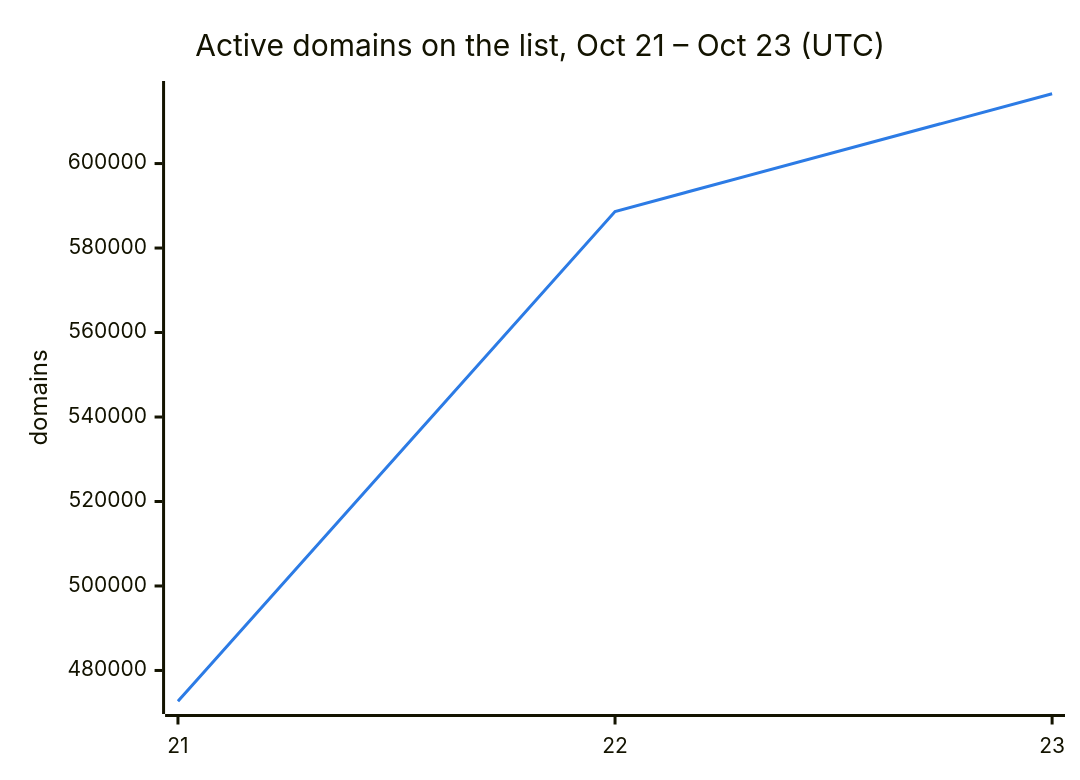
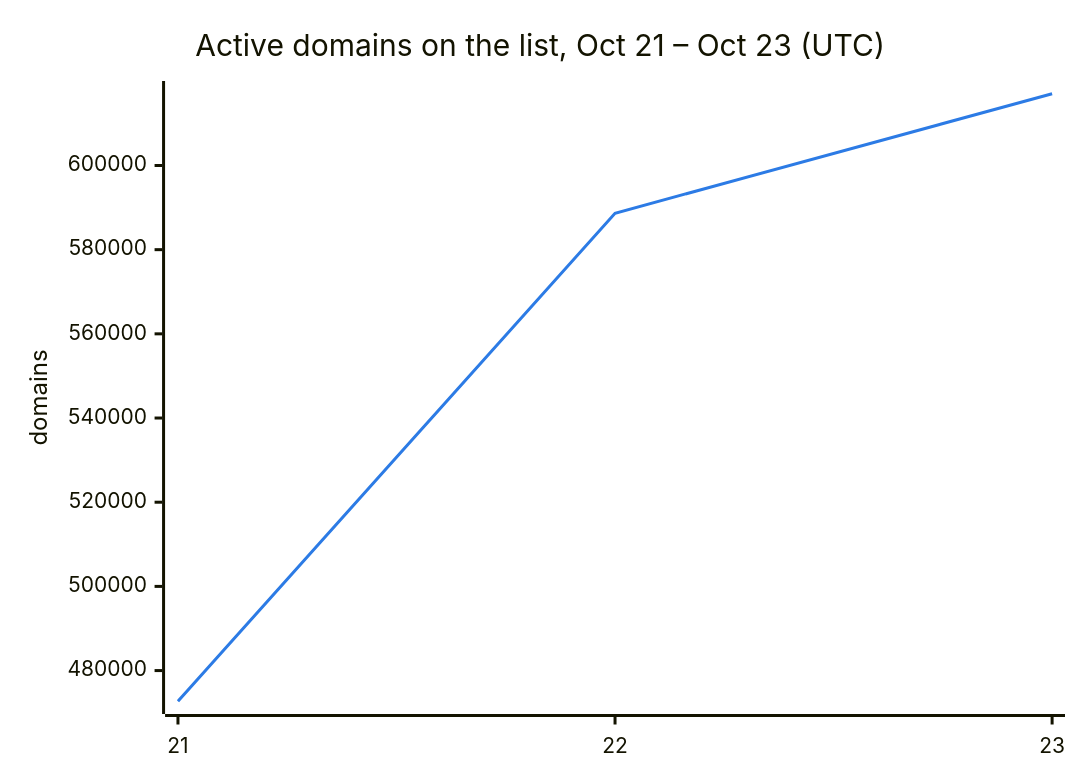
One commit to DNSBunker/CTI changed the second of 3 diagrams in README.md. Above: the diagram before and after it, drawn with Mermaid. The commit also changed other lines of this file and 3 other files, not shown here.

````diff
--- a/README.md
+++ b/README.md
@@ -38,8 +38,8 @@
 ```mermaid
 %%{init: {"themeVariables": {"xyChart": {"plotColorPalette": "#2c7be5"}}}}%%
 xychart-beta
     title "Active domains on the list, Oct 21 – Oct 23 (UTC)"
     x-axis ["21", "22", "23"]
     y-axis "domains"
-    line [472713, 588659, 616526]
+    line [472713, 588659, 617041]
 ```
````
